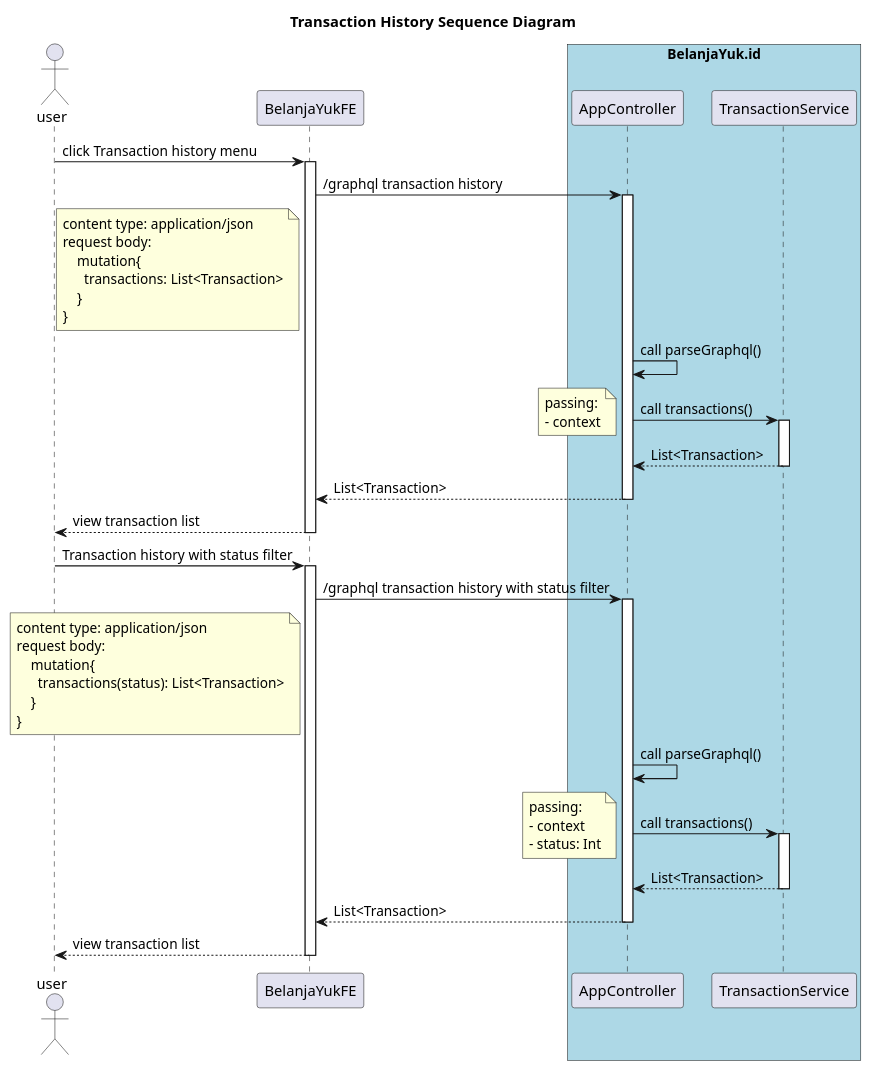
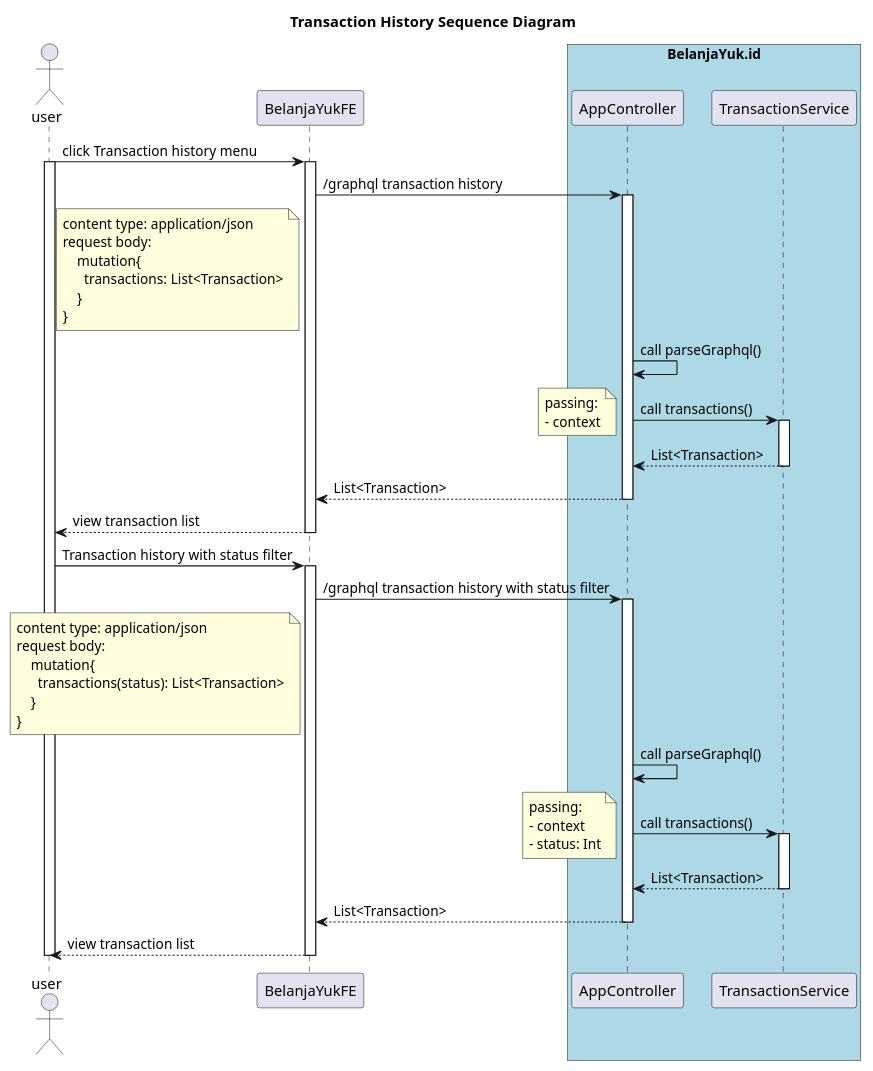
The diagram in SA/sequencediagram/transaction/simple/TransactionHistory.puml (dedeandress/belanjayukid-be-services), drawn with PlantUML before and after one commit.

Commit message:
update diagram

```diff
--- a/SA/sequencediagram/transaction/simple/TransactionHistory.puml
+++ b/SA/sequencediagram/transaction/simple/TransactionHistory.puml
@@ -1,50 +1,52 @@
 @startuml
 title: Transaction History Sequence Diagram
 actor user
 participant BelanjaYukFE
 box "BelanjaYuk.id" #LightBlue
 participant AppController
 participant TransactionService
 end box
 
 user -> BelanjaYukFE ++ : click Transaction history menu
+activate user
 BelanjaYukFE -> AppController ++ : /graphql transaction history
     note left of BelanjaYukFE
     content type: application/json
     request body:
         mutation{
           transactions: List<Transaction>
         }
     }
     end note
 AppController -> AppController : call parseGraphql()
 AppController -> TransactionService ++ : call transactions()
     note left
     passing:
     - context
     end note
 TransactionService --> AppController -- : List<Transaction>
 AppController --> BelanjaYukFE -- : List<Transaction>
 BelanjaYukFE --> user -- : view transaction list
 
 user -> BelanjaYukFE ++ : Transaction history with status filter
 BelanjaYukFE -> AppController ++ : /graphql transaction history with status filter
     note left of BelanjaYukFE
     content type: application/json
     request body:
         mutation{
           transactions(status): List<Transaction>
         }
     }
     end note
 AppController -> AppController : call parseGraphql()
 AppController -> TransactionService ++ : call transactions()
     note left
     passing:
     - context
     - status: Int
     end note
 TransactionService --> AppController -- : List<Transaction>
 AppController --> BelanjaYukFE -- : List<Transaction>
 BelanjaYukFE --> user -- : view transaction list
+deactivate user
 @enduml
```
